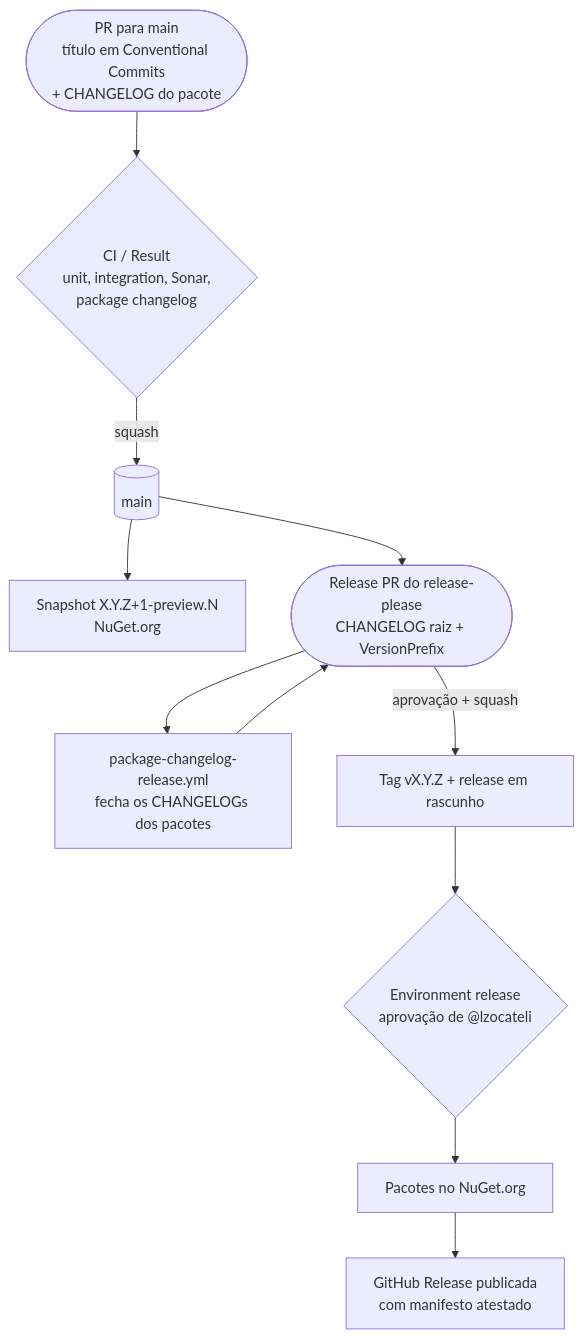
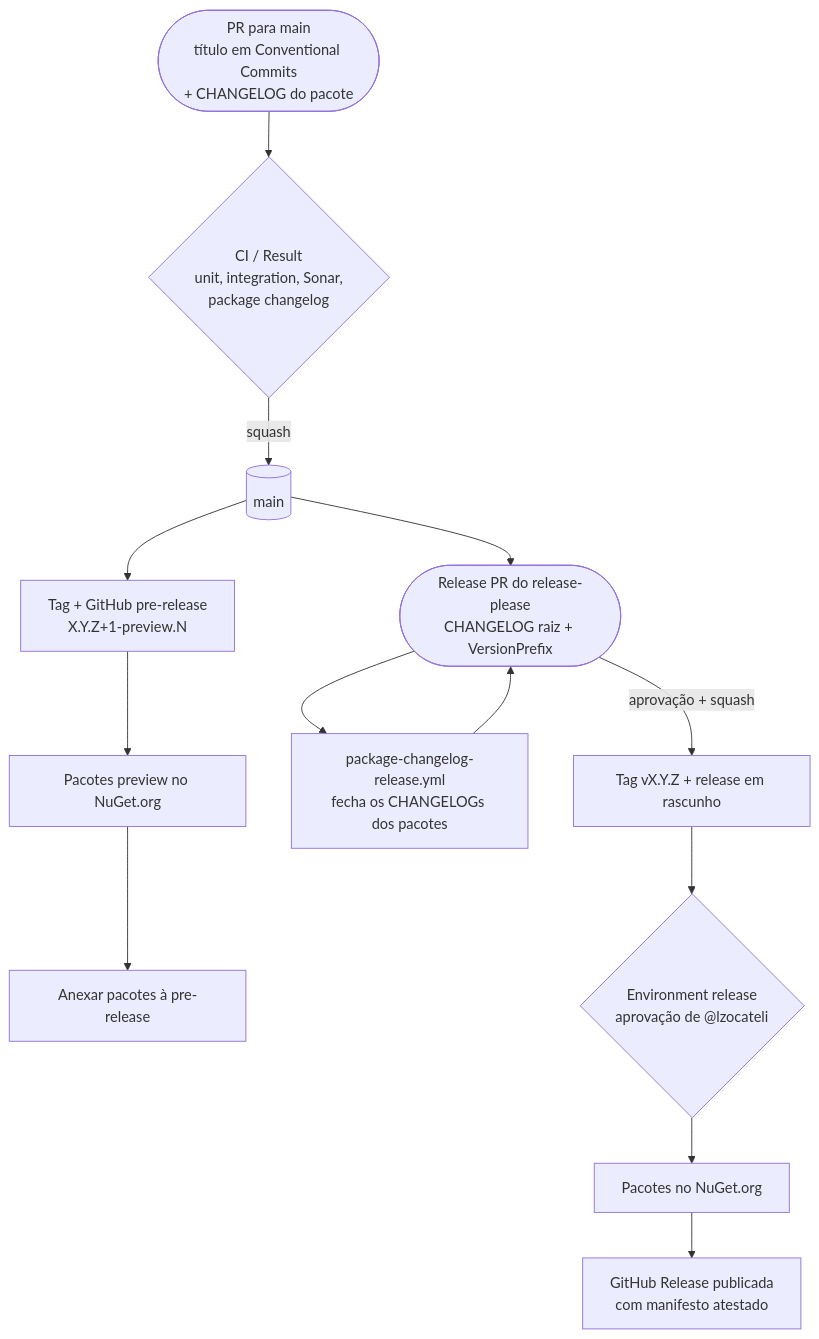
The diagram in docs/maintainers/release-process.md (nuuvify/Nuuvify.CommonPack), drawn with Mermaid before and after one commit. The commit also changed other lines of this file and 5 other files, not shown here.

````diff
--- a/docs/maintainers/release-process.md
+++ b/docs/maintainers/release-process.md
@@ -13,13 +13,15 @@
 ```mermaid
 flowchart TB
     PR([PR para main<br/>título em Conventional Commits<br/>+ CHANGELOG do pacote]) --> CI{CI / Result<br/>unit, integration, Sonar,<br/>package changelog}
     CI -->|squash| MAIN[(main)]
-    MAIN --> SNAP[Snapshot X.Y.Z+1-preview.N<br/>NuGet.org]
+    MAIN --> SNAP[Tag + GitHub pre-release<br/>X.Y.Z+1-preview.N]
+    SNAP --> SNAPN[Pacotes preview no NuGet.org]
+    SNAPN --> SNAPFILES[Anexar pacotes à pre-release]
     MAIN --> RPR([Release PR do release-please<br/>CHANGELOG raiz + VersionPrefix])
     RPR --> CLOSE[package-changelog-release.yml<br/>fecha os CHANGELOGs dos pacotes]
     CLOSE --> RPR
     RPR -->|aprovação + squash| TAG[Tag vX.Y.Z + release em rascunho]
     TAG --> REL{Environment release<br/>aprovação de @lzocateli}
     REL --> NUGET[Pacotes no NuGet.org]
     NUGET --> PUB[GitHub Release publicada<br/>com manifesto atestado]
 ```
````
